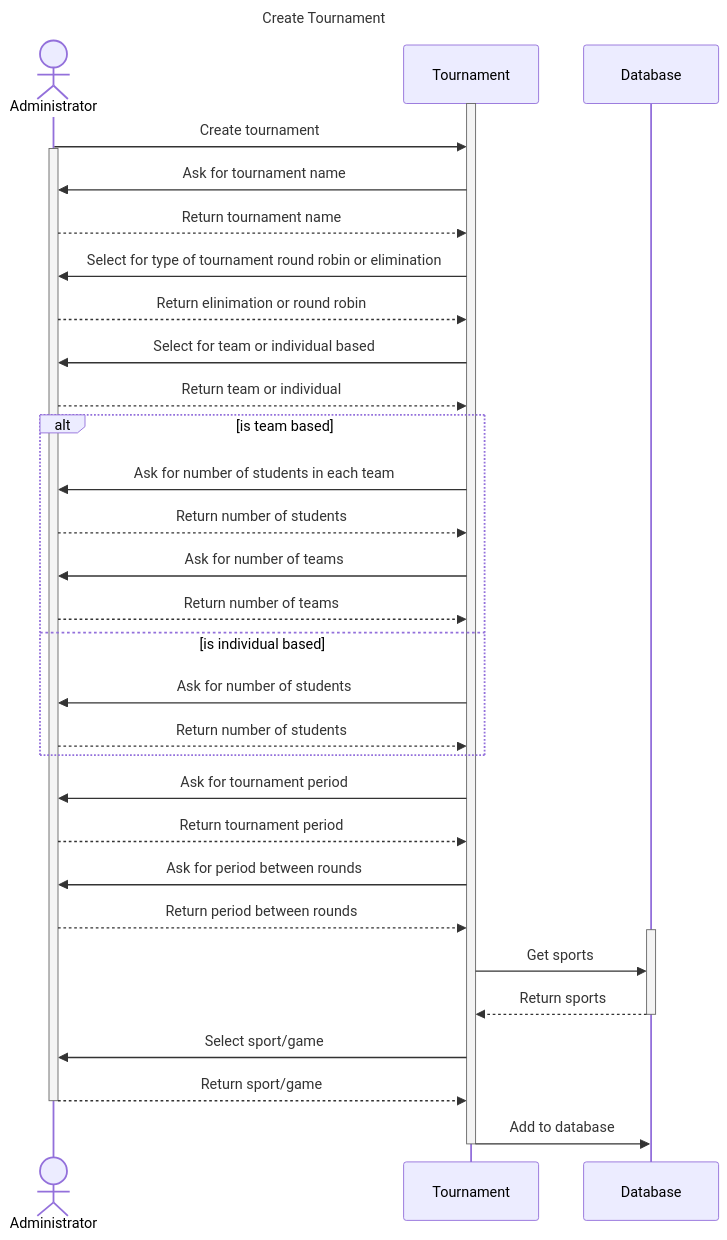
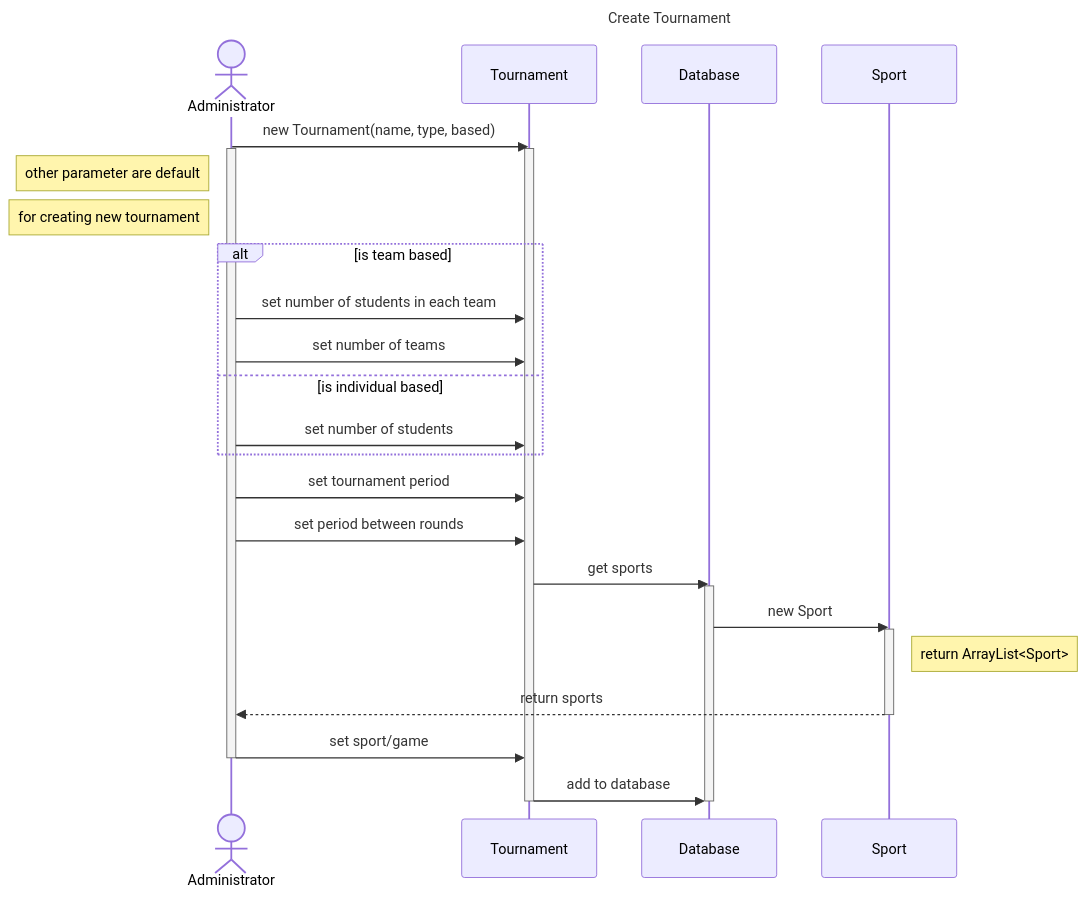
The diagram in docs/phase_2/sequence_diagrams/create_tournament.mmd (hassain-saeed28/tournaments-arranger), drawn with Mermaid before and after one commit.

Commit message:
docs(phase_2): fix create_tournament sequence diagram (#18)
* add `Sport` class
* modify input arrow direction
* add notes
* remove return value for input (not necessary)

```diff
--- a/docs/phase_2/sequence_diagrams/create_tournament.mmd
+++ b/docs/phase_2/sequence_diagrams/create_tournament.mmd
@@ -1,49 +1,40 @@
 ---
 title: Create Tournament
 ---
 sequenceDiagram
     actor admin as Administrator
 
     participant tournament as Tournament
     participant database as Database
+    participant sport as Sport
 
+    admin ->> tournament: new Tournament(name, type, based)
     activate tournament
-    admin ->> tournament: Create tournament
     activate admin
-    tournament ->> admin: Ask for tournament name
-    admin -->> tournament: Return tournament name
-
-    tournament ->> admin: Select for type of tournament round robin or elimination
-    admin -->> tournament: Return elinimation or round robin
-
-    tournament ->> admin: Select for team or individual based
-    admin -->> tournament: Return team or individual
+    Note left of admin: other parameter are default
+    Note left of admin: for creating new tournament
 
     alt is team based
-        tournament ->> admin: Ask for number of students in each team
-        admin -->> tournament: Return number of students
-
-        tournament ->> admin: Ask for number of teams
-        admin -->> tournament: Return number of teams
+        admin ->> tournament: set number of students in each team
+        admin ->> tournament: set number of teams
     else is individual based
-        tournament ->> admin: Ask for number of students
-        admin -->> tournament: Return number of students
+        admin ->> tournament: set number of students
     end
 
-    tournament ->> admin: Ask for tournament period
-    admin -->> tournament: Return tournament period
+    admin ->> tournament: set tournament period
+    admin ->> tournament: set period between rounds
 
-    tournament ->> admin: Ask for period between rounds
-    admin -->> tournament: Return period between rounds
+    tournament ->> database: get sports
+    activate database
+    database ->> sport: new Sport
+    activate sport
+    Note right of sport: return ArrayList<Sport>
+    sport -->> admin: return sports
+    deactivate sport
 
-    activate database
-    tournament ->> database: Get sports
-    database -->> tournament: Return sports
-    deactivate database
-
-    tournament ->> admin: Select sport/game
-    admin -->> tournament: Return sport/game
+    admin ->> tournament: set sport/game
     deactivate admin
 
-    tournament ->> database: Add to database
+    tournament ->> database: add to database
     deactivate tournament
+    deactivate database
```
